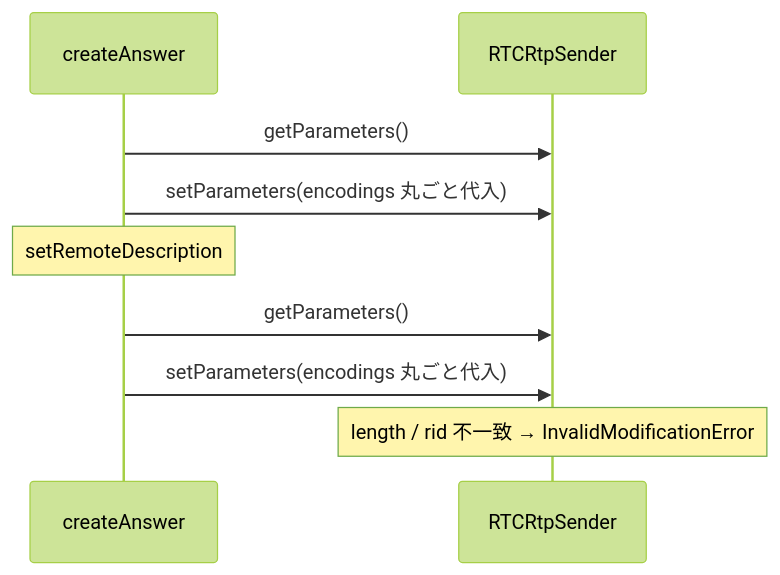
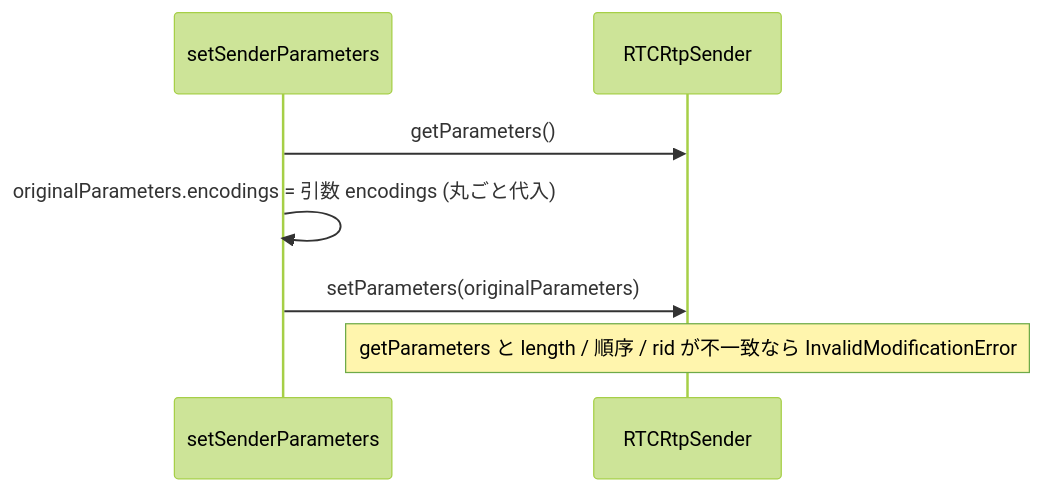
Before and after one commit to shiguredo/sora-js-sdk: the diagram in issues/0014-bug-fix-set-sender-parameters-encodings-mismatch.md, drawn with Mermaid (forest theme). The commit also changed other lines of this file and 33 other files, not shown here.

````diff
--- a/issues/0014-bug-fix-set-sender-parameters-encodings-mismatch.md
+++ b/issues/0014-bug-fix-set-sender-parameters-encodings-mismatch.md
@@ -20,12 +21,10 @@
 ```mermaid
 sequenceDiagram
-    participant SDK as createAnswer
+    participant SDK as setSenderParameters
     participant Sender as RTCRtpSender
 
     SDK->>Sender: getParameters()
-    SDK->>Sender: setParameters(encodings 丸ごと代入)
-    Note over SDK: setRemoteDescription
-    SDK->>Sender: getParameters()
-    SDK->>Sender: setParameters(encodings 丸ごと代入)
-    Note over Sender: length / rid 不一致 → InvalidModificationError
+    SDK->>SDK: originalParameters.encodings = 引数 encodings (丸ごと代入)
+    SDK->>Sender: setParameters(originalParameters)
+    Note over Sender: getParameters と length / 順序 / rid が不一致なら InvalidModificationError
 ```
````
